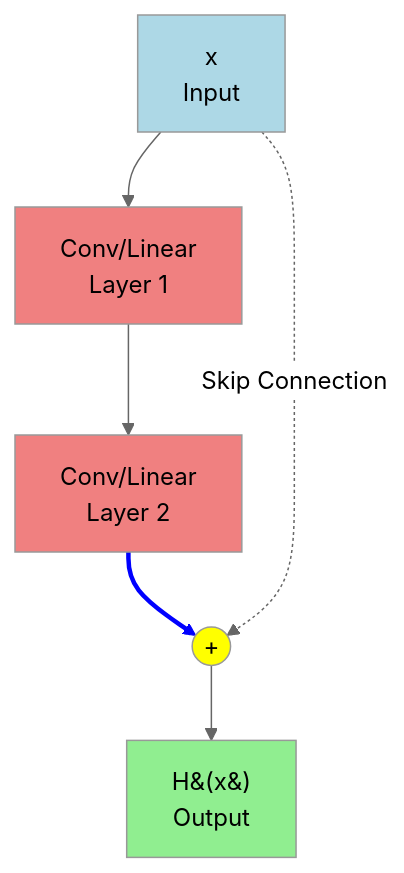
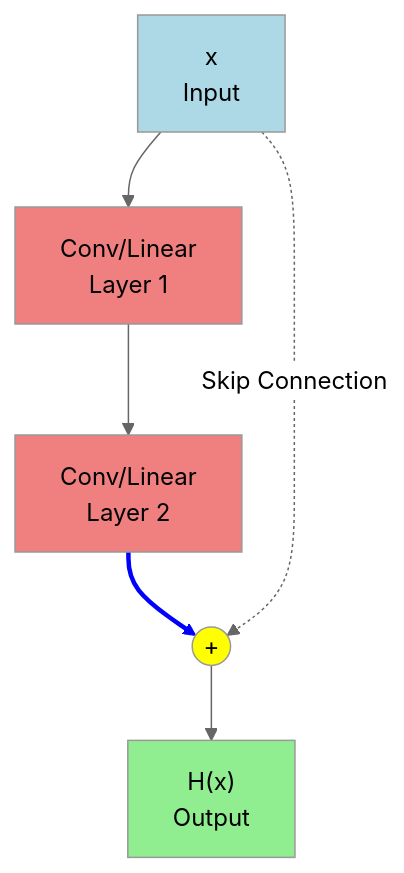
One commit to snowch/snowch.github.io changed the second of 5 diagrams in ai-eng/embedding-anomaly-detection/part1-understanding-resnet.md. Above: the diagram before and after it, drawn with Mermaid (neutral theme). The commit also changed other lines of this file, not shown here.

Commit message:
Fix H(x) rendering in Plain/Residual block diagrams
Updated the first two mermaid diagrams to use quoted strings with direct parentheses "H(x)" instead of HTML entities. Now all mermaid diagrams consistently render H(x) properly.

````diff
--- a/ai-eng/embedding-anomaly-detection/part1-understanding-resnet.md
+++ b/ai-eng/embedding-anomaly-detection/part1-understanding-resnet.md
@@ -203,15 +203,15 @@
 ```{mermaid}
 graph TB
-    X2[x<br/>Input] --> L3[Conv/Linear<br/>Layer 1]
-    L3 --> L4[Conv/Linear<br/>Layer 2]
+    X2["x<br/>Input"] --> L3["Conv/Linear<br/>Layer 1"]
+    L3 --> L4["Conv/Linear<br/>Layer 2"]
     L4 --> Add((+))
     X2 -.Skip Connection.-> Add
-    Add --> H2[H&#40;x&#41;<br/>Output]
+    Add --> H2["H(x)<br/>Output"]
 
     style X2 fill:#ADD8E6
     style L3 fill:#F08080
     style L4 fill:#F08080
     style Add fill:#FFFF00
     style H2 fill:#90EE90
     linkStyle 2 stroke:#0000FF,stroke-width:3px
 ```
````
